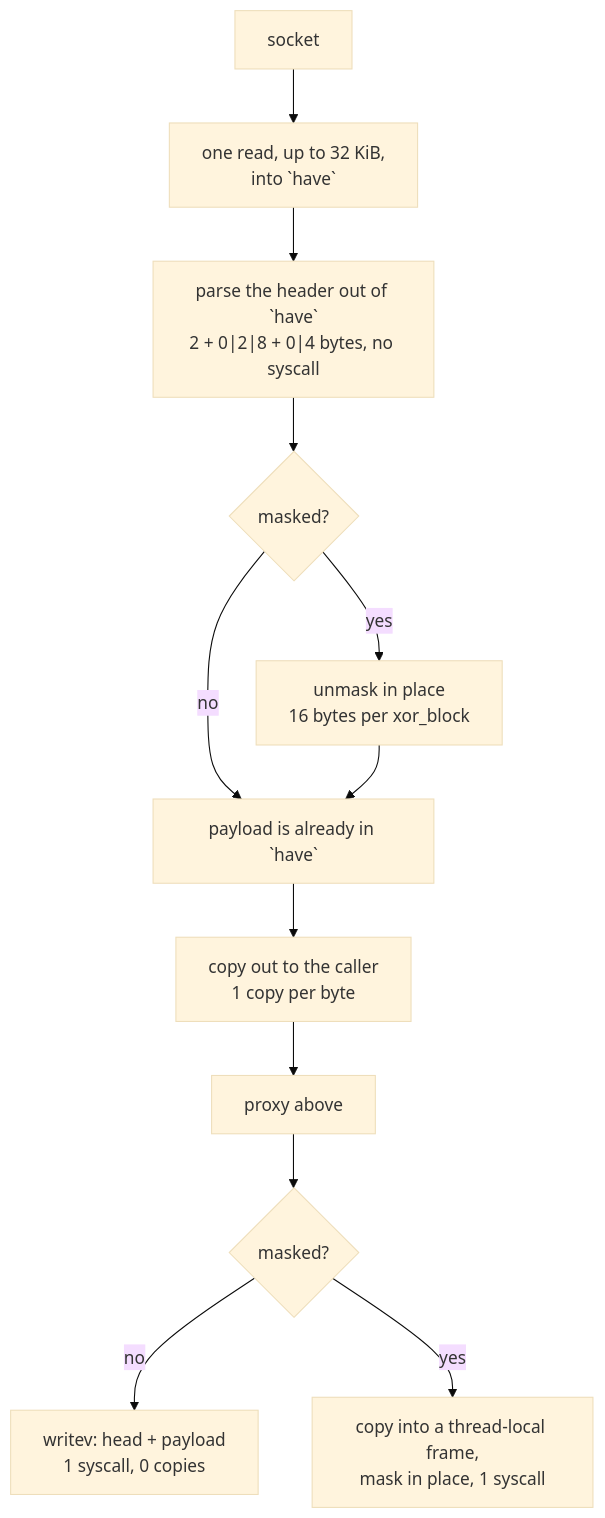
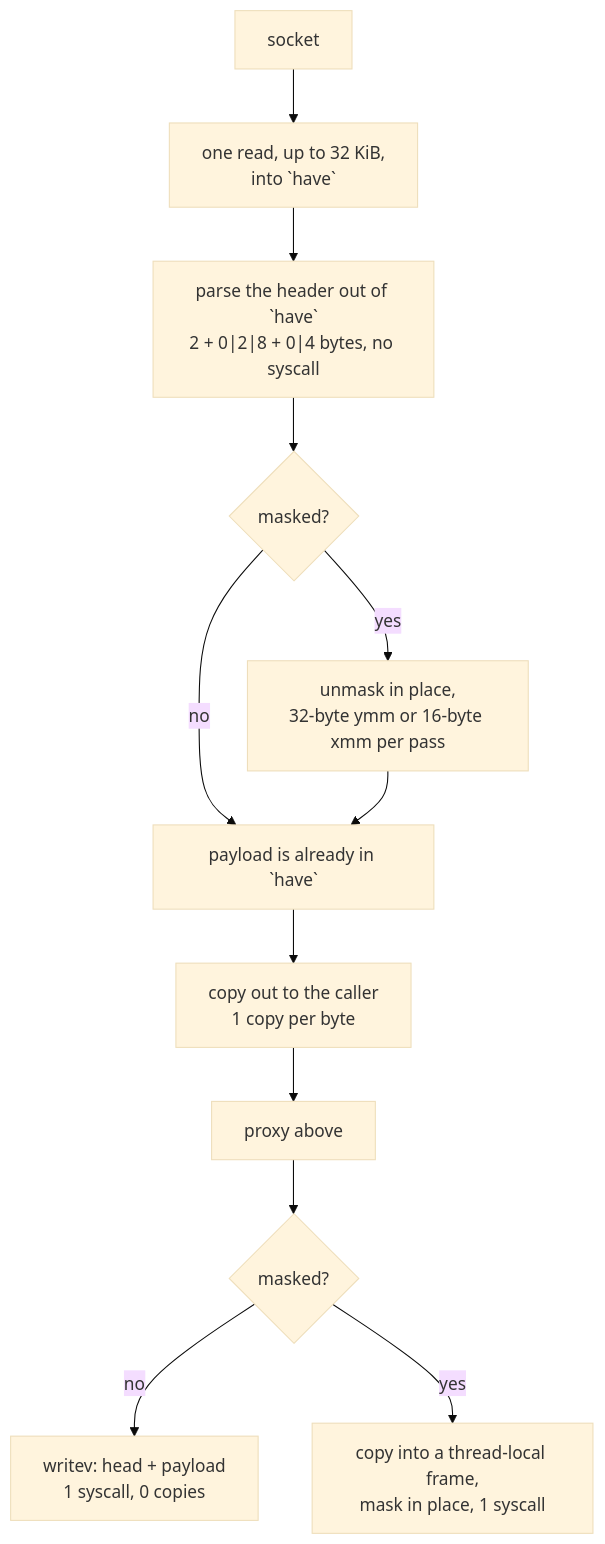
Before and after one commit to Ferrocite/ferrox: the diagram in docs/function/carrier-websocket.md, drawn with Mermaid (base theme). The commit also changed other lines of this file and 1 other file, not shown here.

First line of the commit message:
ws: mask thirty-two bytes per pass on an avx2 host, so the ladder keeps its tail

````diff
--- a/docs/function/carrier-websocket.md
+++ b/docs/function/carrier-websocket.md
@@ -23,14 +27,14 @@
 ```mermaid
 graph TD
     S["socket"] --> R["one read, up to 32 KiB,<br/>into `have`"]
     R --> P["parse the header out of `have`<br/>2 + 0|2|8 + 0|4 bytes, no syscall"]
     P --> M{"masked?"}
-    M -- yes --> U["unmask in place<br/>16 bytes per xor_block"]
+    M -- yes --> U["unmask in place,<br/>32-byte ymm or 16-byte xmm per pass"]
     M -- no --> D["payload is already in `have`"]
     U --> D
     D --> C["copy out to the caller<br/>1 copy per byte"]
     C --> L["proxy above"]
     L --> W1{"masked?"}
     W1 -- no --> V1["writev: head + payload<br/>1 syscall, 0 copies"]
     W1 -- yes --> V2["copy into a thread-local frame,<br/>mask in place, 1 syscall"]
 ```
````
